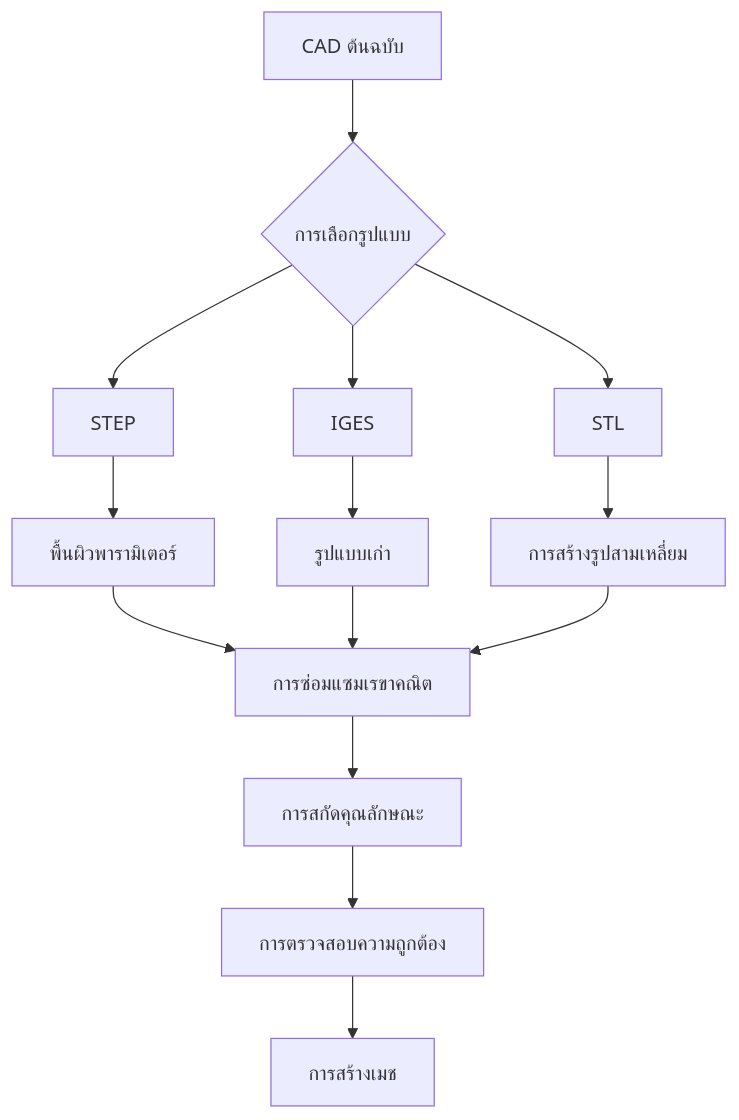
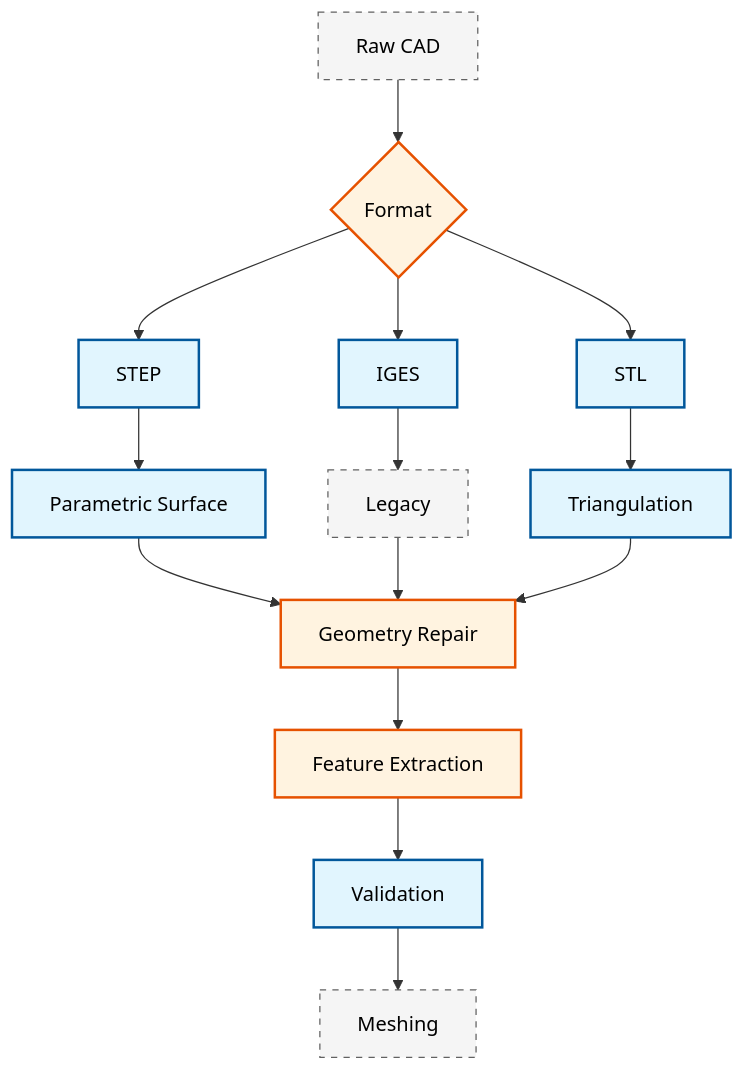
Before and after one commit to wramet/build-my-cfd: the diagram in MODULE_07_UTILITIES_AUTOMATION/CONTENT/02_MESH_PREPARATION/01_CAD_Preparation.md, drawn with Mermaid. The commit also changed 313 other files, not shown here.

Commit message:
Revise all diagram

````diff
--- a/MODULE_07_UTILITIES_AUTOMATION/CONTENT/02_MESH_PREPARATION/01_CAD_Preparation.md
+++ b/MODULE_07_UTILITIES_AUTOMATION/CONTENT/02_MESH_PREPARATION/01_CAD_Preparation.md
@@ -15,18 +15,17 @@
 ```mermaid
 flowchart TD
-    A[CAD ต้นฉบับ] --> B{การเลือกรูปแบบ}
-    B --> C[STEP]
-    B --> D[IGES]
-    B --> E[STL]
-
-    C --> F[พื้นผิวพารามิเตอร์]
-    D --> G[รูปแบบเก่า]
-    E --> H[การสร้างรูปสามเหลี่ยม]
-
-    F --> I[การซ่อมแซมเรขาคณิต]
-    G --> I
-    H --> I
-    I --> J[การสกัดคุณลักษณะ]
-    J --> K[การตรวจสอบความถูกต้อง]
-    K --> L[การสร้างเมช]
+classDef implicit fill:#e1f5fe,stroke:#01579b,stroke-width:2px,color:#000
+classDef explicit fill:#fff3e0,stroke:#e65100,stroke-width:2px,color:#000
+classDef context fill:#f5f5f5,stroke:#616161,stroke-width:1px,color:#000,stroke-dasharray: 5 5
+A[Raw CAD]:::context --> B{Format}:::explicit
+B --> C[STEP]:::implicit
+B --> D[IGES]:::implicit
+B --> E[STL]:::implicit
+C --> F[Parametric Surface]:::implicit
+D --> G[Legacy]:::context
+E --> H[Triangulation]:::implicit
+F & G & H --> I[Geometry Repair]:::explicit
+I --> J[Feature Extraction]:::explicit
+J --> K[Validation]:::implicit
+K --> L[Meshing]:::context
 ```
````
